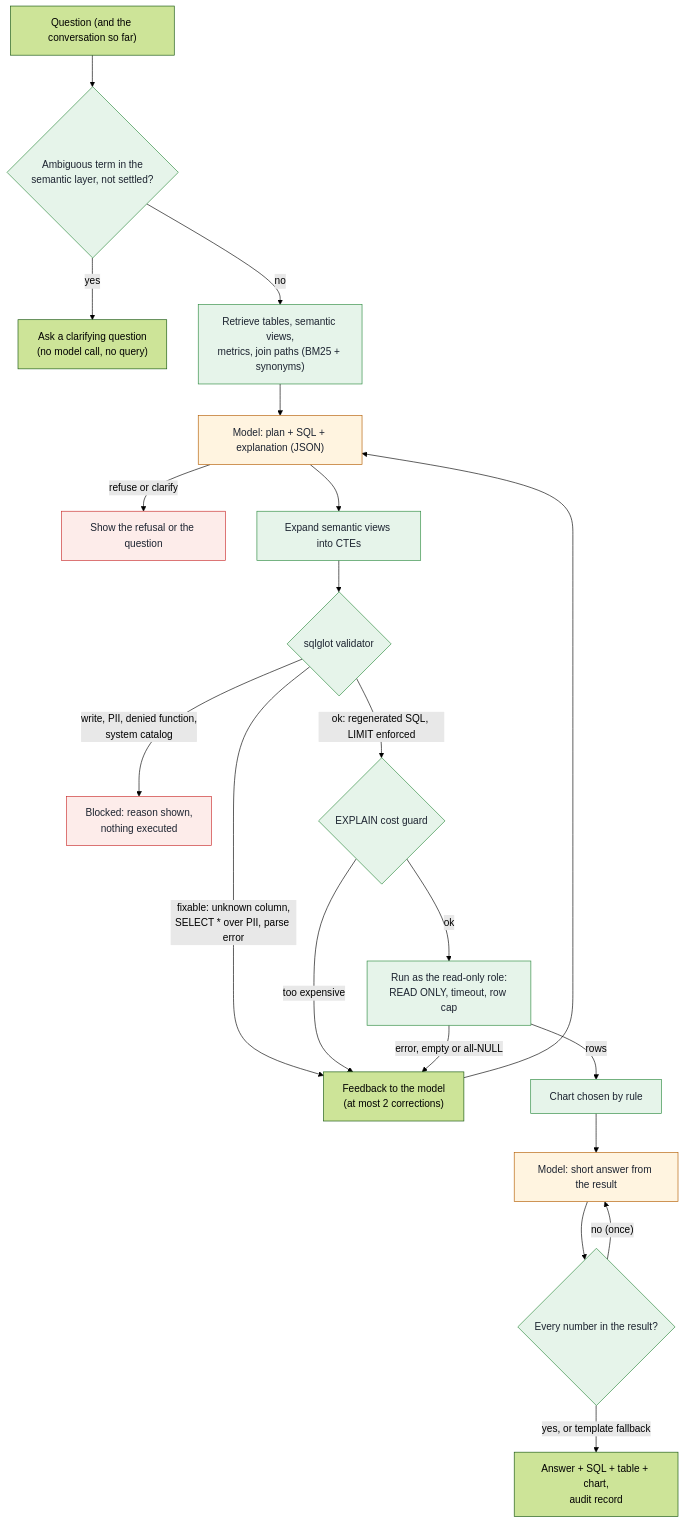
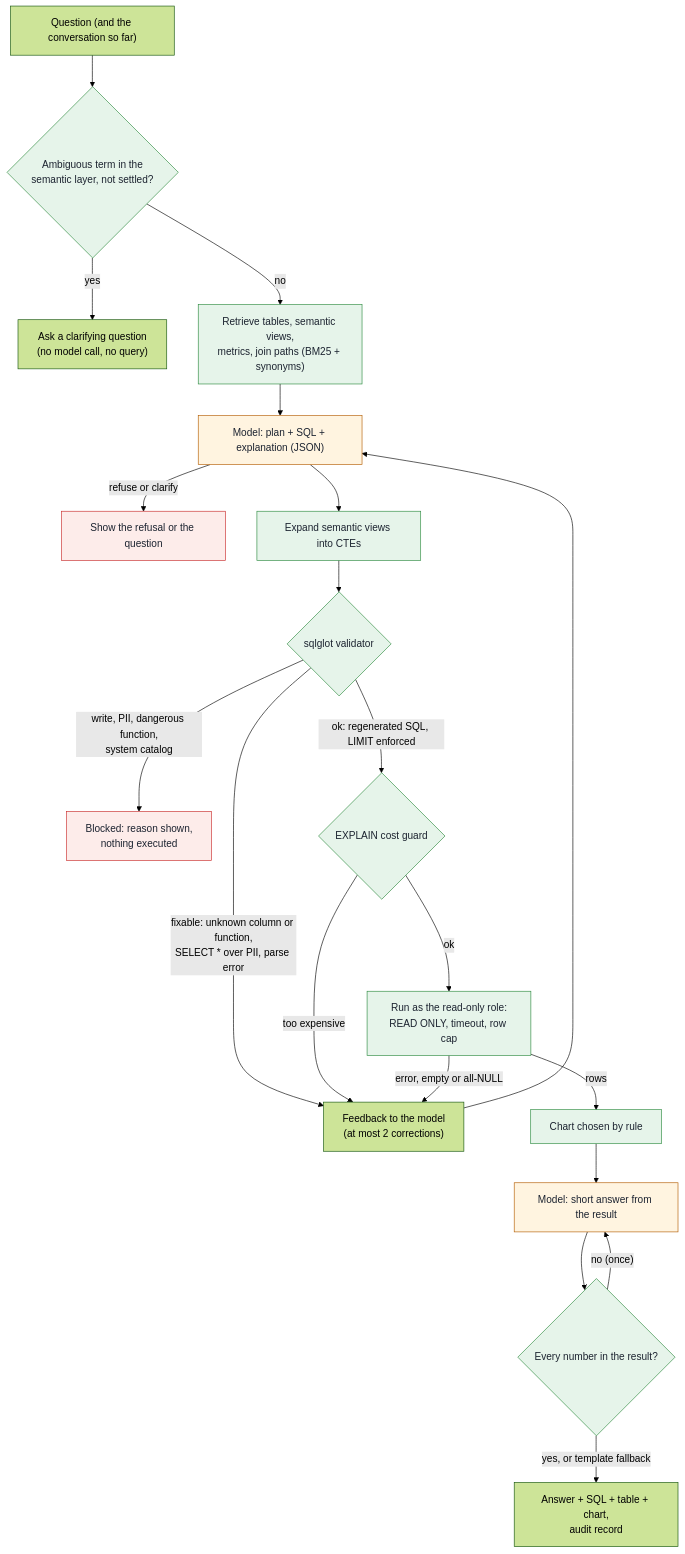
One commit to gelevanog/text-to-sql-agent changed the first of 2 diagrams in README.md. Above: the diagram before and after it, drawn with Mermaid (forest theme). The commit also changed other lines of this file and 5 other files, not shown here.

Commit message:
Validator: allow-list GROUPING(), date() and other safe functions; unknown functions get one corrective retry, dangerous ones stay hard-blocked; README model comparison

````diff
--- a/README.md
+++ b/README.md
@@ -72,29 +72,29 @@
 ```mermaid
 flowchart TD
     Q["Question (and the conversation so far)"] --> C{"Ambiguous term in the<br/>semantic layer, not settled?"}
     C -->|"yes"| ASK["Ask a clarifying question<br/>(no model call, no query)"]
     C -->|"no"| R["Retrieve tables, semantic views,<br/>metrics, join paths (BM25 + synonyms)"]
     R --> G["Model: plan + SQL + explanation (JSON)"]
     G -->|"refuse or clarify"| STOP["Show the refusal or the question"]
     G --> X["Expand semantic views into CTEs"]
     X --> V{"sqlglot validator"}
-    V -->|"write, PII, denied function,<br/>system catalog"| BLOCK["Blocked: reason shown,<br/>nothing executed"]
-    V -->|"fixable: unknown column,<br/>SELECT * over PII, parse error"| FIX["Feedback to the model<br/>(at most 2 corrections)"]
+    V -->|"write, PII, dangerous function,<br/>system catalog"| BLOCK["Blocked: reason shown,<br/>nothing executed"]
+    V -->|"fixable: unknown column or function,<br/>SELECT * over PII, parse error"| FIX["Feedback to the model<br/>(at most 2 corrections)"]
     V -->|"ok: regenerated SQL, LIMIT enforced"| E{"EXPLAIN cost guard"}
     E -->|"too expensive"| FIX
     E -->|"ok"| RUN["Run as the read-only role:<br/>READ ONLY, timeout, row cap"]
     RUN -->|"error, empty or all-NULL"| FIX
     FIX --> G
     RUN -->|"rows"| CH["Chart chosen by rule"]
     CH --> A["Model: short answer from the result"]
     A --> N{"Every number in the result?"}
     N -->|"no (once)"| A
     N -->|"yes, or template fallback"| OUT["Answer + SQL + table + chart,<br/>audit record"]
 
     classDef det fill:#e6f4ea,stroke:#2b8a3e,color:#1c2330
     classDef llm fill:#fff4e0,stroke:#b35c00,color:#1c2330
     classDef stop fill:#fdecea,stroke:#c92a2a,color:#1c2330
     class C,R,X,V,E,RUN,CH,N det
     class G,A llm
     class BLOCK,STOP stop
 ```
````
